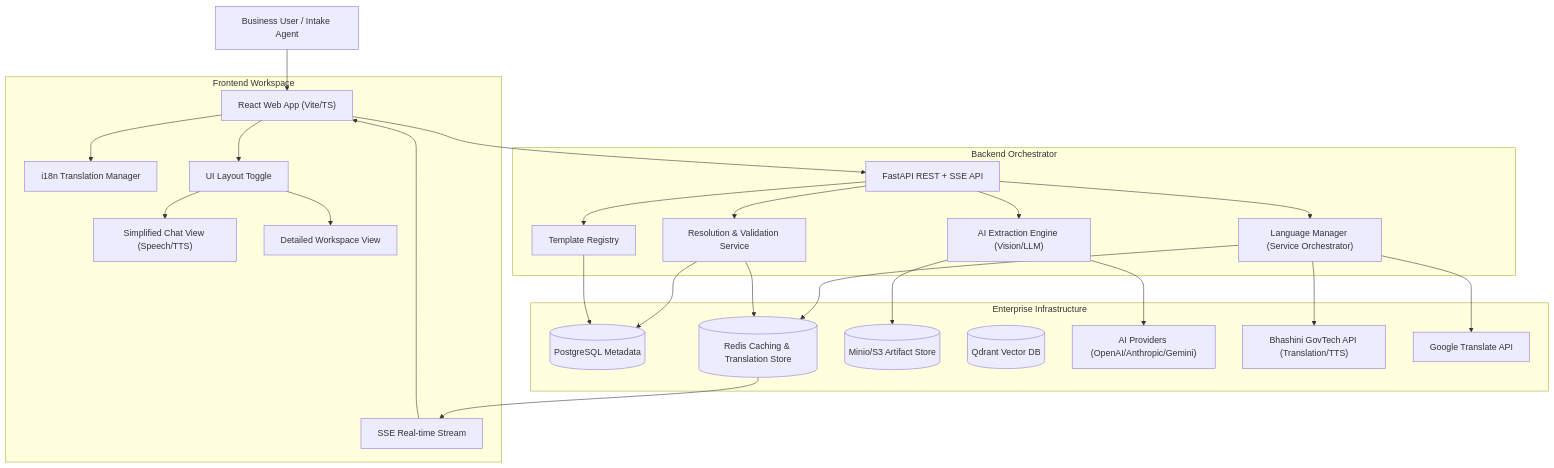
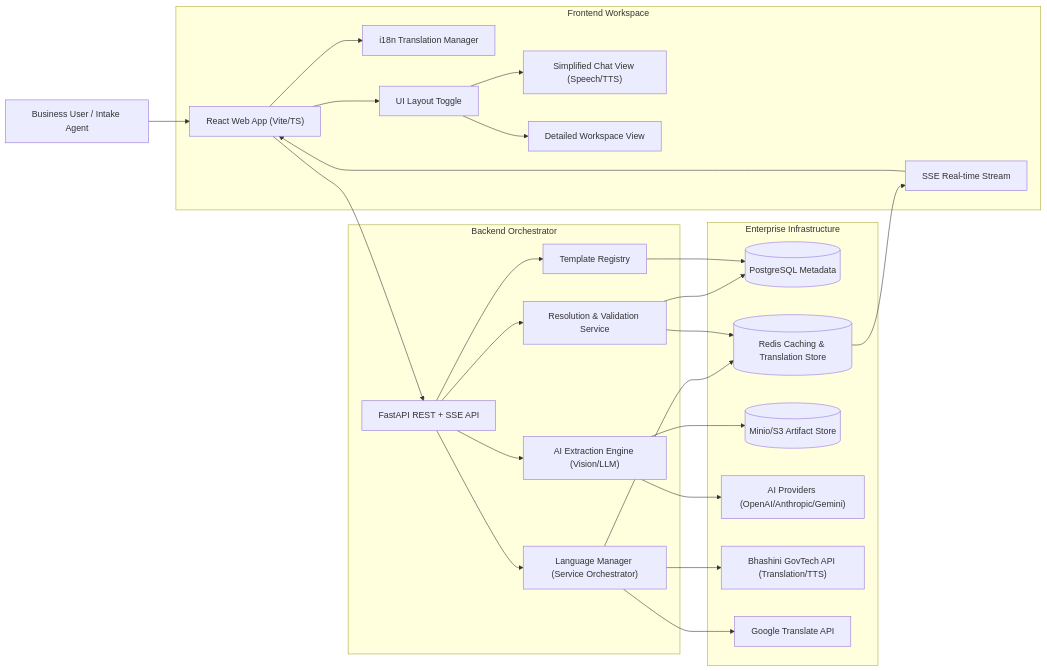
Before and after one commit to Hari31416/FormFoundry: the diagram in FORM_FOUNDRY_EXECUTIVE_BRIEF.md, drawn with Mermaid. The commit also changed 1 other file, not shown here.

Commit message:
fix: update architecture diagram orientation and remove Qdrant from the overview

````diff
--- a/FORM_FOUNDRY_EXECUTIVE_BRIEF.md
+++ b/FORM_FOUNDRY_EXECUTIVE_BRIEF.md
@@ -49,52 +49,51 @@
 ```mermaid
-graph TD
+graph LR
     User["Business User / Intake Agent"]
 
     subgraph "Frontend Workspace"
         UI["React Web App (Vite/TS)"]
         i18n["i18n Translation Manager"]
         Toggle["UI Layout Toggle"]
         ChatView["Simplified Chat View (Speech/TTS)"]
         DetailView["Detailed Workspace View"]
         SSE["SSE Real-time Stream"]
     end
 
     subgraph "Backend Orchestrator"
         API["FastAPI REST + SSE API"]
         LangManager["Language Manager (Service Orchestrator)"]
         Extraction["AI Extraction Engine (Vision/LLM)"]
         Resolution["Resolution & Validation Service"]
         Registry["Template Registry"]
     end
 
     subgraph "Enterprise Infrastructure"
         Postgres[("PostgreSQL Metadata")]
         Redis[("Redis Caching & Translation Store")]
         Minio[("Minio/S3 Artifact Store")]
-        Qdrant[("Qdrant Vector DB")]
         LLM["AI Providers (OpenAI/Anthropic/Gemini)"]
         Bhashini["Bhashini GovTech API (Translation/TTS)"]
         Google["Google Translate API"]
     end
 
     User --> UI
     UI --> Toggle
     Toggle --> ChatView
     Toggle --> DetailView
     UI --> i18n
     UI --> API
     API --> LangManager
     LangManager --> Redis
     LangManager --> Bhashini
     LangManager --> Google
     API --> Extraction
     API --> Resolution
     API --> Registry
     Extraction --> LLM
     Extraction --> Minio
     Resolution --> Postgres
     Resolution --> Redis
     Registry --> Postgres
     Redis --> SSE
     SSE --> UI
 ```
````
